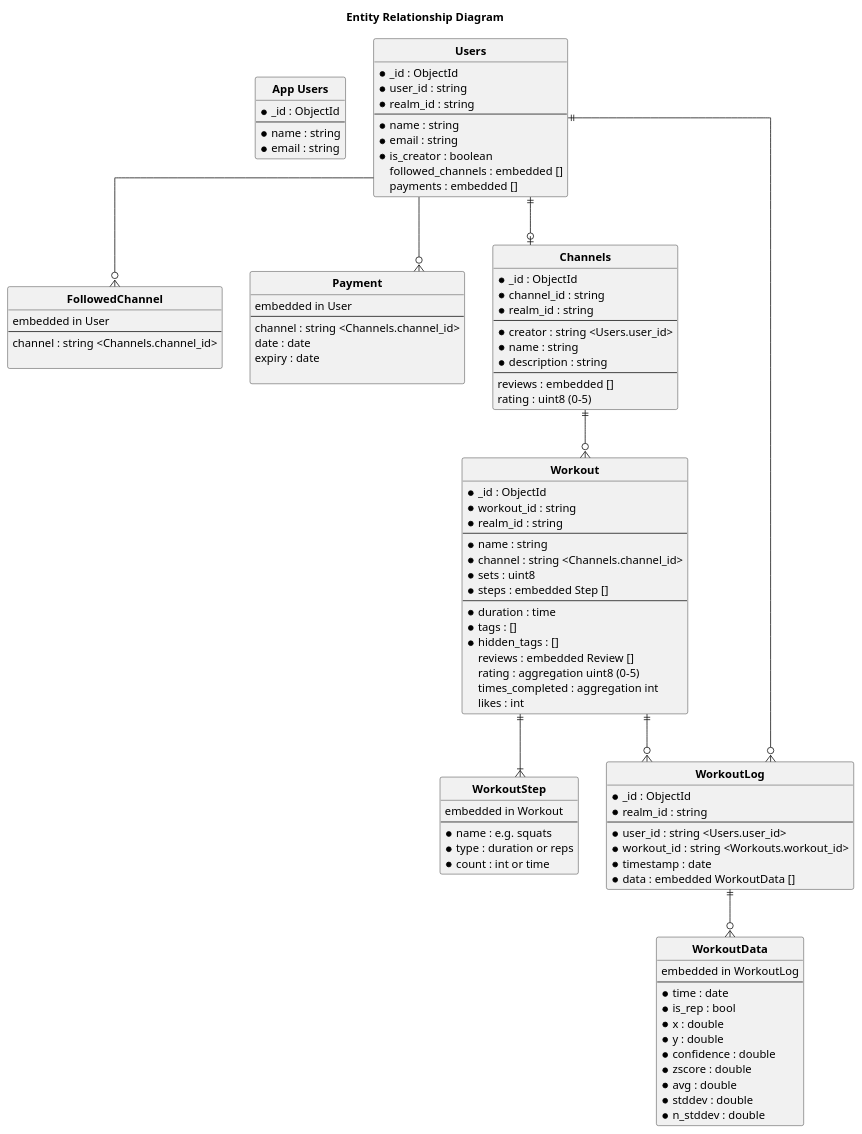
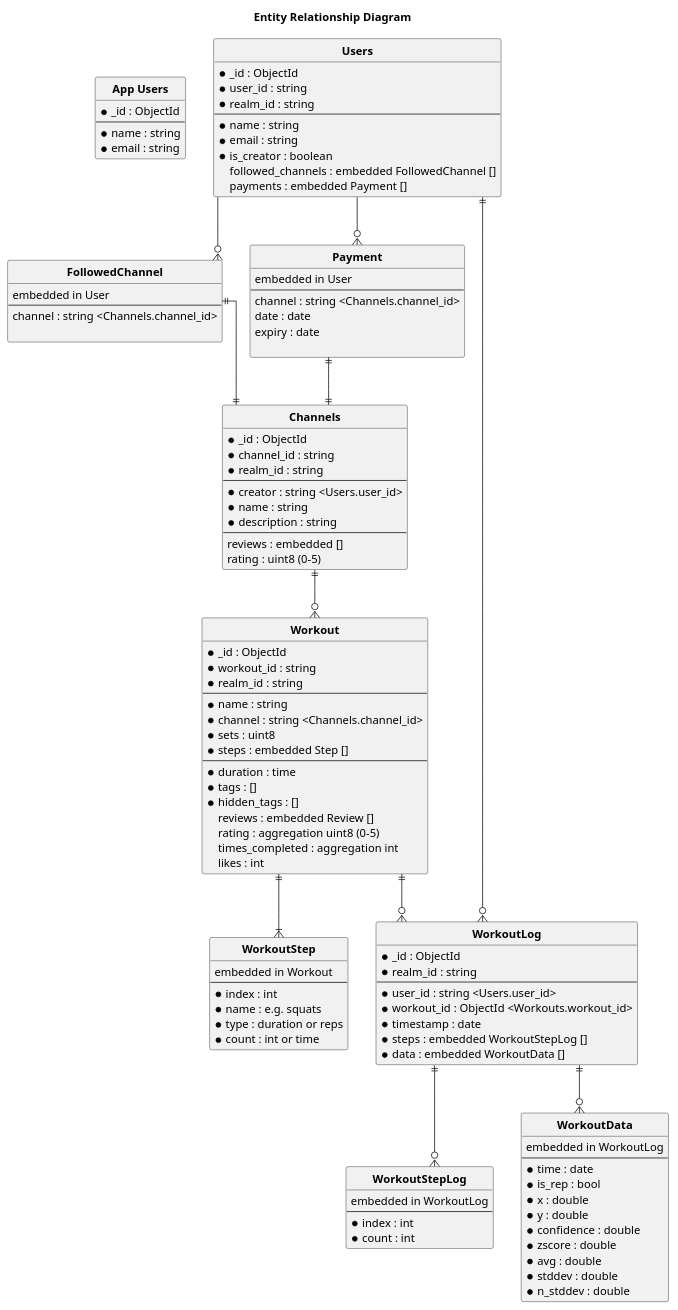
One commit to wongway/tmp-form-app changed the diagram in docs/diagrams/src/data_schema.puml. Above: the diagram before and after it, drawn with PlantUML. The commit also changed 1 other file, not shown here.

Commit message:
Added WorkoutStepLog

```diff
--- a/docs/diagrams/src/data_schema.puml
+++ b/docs/diagrams/src/data_schema.puml
@@ -1,118 +1,131 @@
 @startuml data_schema
 
 title Entity Relationship Diagram
 
 hide circle
 skinparam linetype ortho
 
 entity "**App Users**" as AppUser {
     * _id : ObjectId
     ---
     * name : string
     * email : string
 }
 
 entity "**Users**" as User {
     * _id : ObjectId
     * user_id : string
     * realm_id : string
     ---
     * name : string
     * email : string
     * is_creator : boolean
-    followed_channels : embedded []
-    payments : embedded []
+    followed_channels : embedded FollowedChannel []
+    payments : embedded Payment []
 }
 
 entity "**FollowedChannel**" as FollowedChannel {
     embedded in User
     ---
     channel : string <Channels.channel_id>
 
 }
 
 entity "**Payment**" as Payment {
     embedded in User
     ---
     channel : string <Channels.channel_id>
     date : date
     expiry : date
 
 }
 
 entity "**Channels**" as Channel {
     * _id : ObjectId
     * channel_id : string
     * realm_id : string
     ---
     * creator : string <Users.user_id>
     * name : string
     * description : string
     ---
     reviews : embedded []
     rating : uint8 (0-5)
 }
 
 entity "**Workout**" as Workout {
     * _id : ObjectId
     * workout_id : string
     * realm_id : string
     ---
     * name : string
     * channel : string <Channels.channel_id>
     * sets : uint8
     * steps : embedded Step []
     ---
     * duration : time
     * tags : []
     * hidden_tags : []
     reviews : embedded Review []
     rating : aggregation uint8 (0-5)
     times_completed : aggregation int
     likes : int
 }
 
 entity "**WorkoutStep**" as Step {
     embedded in Workout
     ---
+    * index : int
     * name : e.g. squats
     * type : duration or reps
     * count : int or time
 }
 
 entity "**WorkoutLog**" as WorkoutLog {
     * _id : ObjectId
     * realm_id : string
     ---
     * user_id : string <Users.user_id>
-    * workout_id : string <Workouts.workout_id>
+    * workout_id : ObjectId <Workouts.workout_id>
     * timestamp : date
+    * steps : embedded WorkoutStepLog []
     * data : embedded WorkoutData []
+}
+
+entity "**WorkoutStepLog**" as WorkoutLogStep {
+    embedded in WorkoutLog
+    ---
+    * index : int
+    * count : int
 }
 
 entity "**WorkoutData**" as WorkoutData {
     embedded in WorkoutLog
     ---
     * time : date
     * is_rep : bool
     * x : double
     * y : double
     * confidence : double
     * zscore : double
     * avg : double
     * stddev : double
     * n_stddev : double
 }
 
 Workout ||--|{ Step
 Workout ||--o{ WorkoutLog
 
+WorkoutLog ||--o{ WorkoutLogStep
+
 User ||--o{ WorkoutLog
-User ||--o| Channel
 User --o{ FollowedChannel
 User --o{ Payment
+
+FollowedChannel ||--|| Channel
+Payment ||--|| Channel
 
 Channel ||--o{ Workout
 WorkoutLog ||--o{ WorkoutData
 
 @enduml
```
